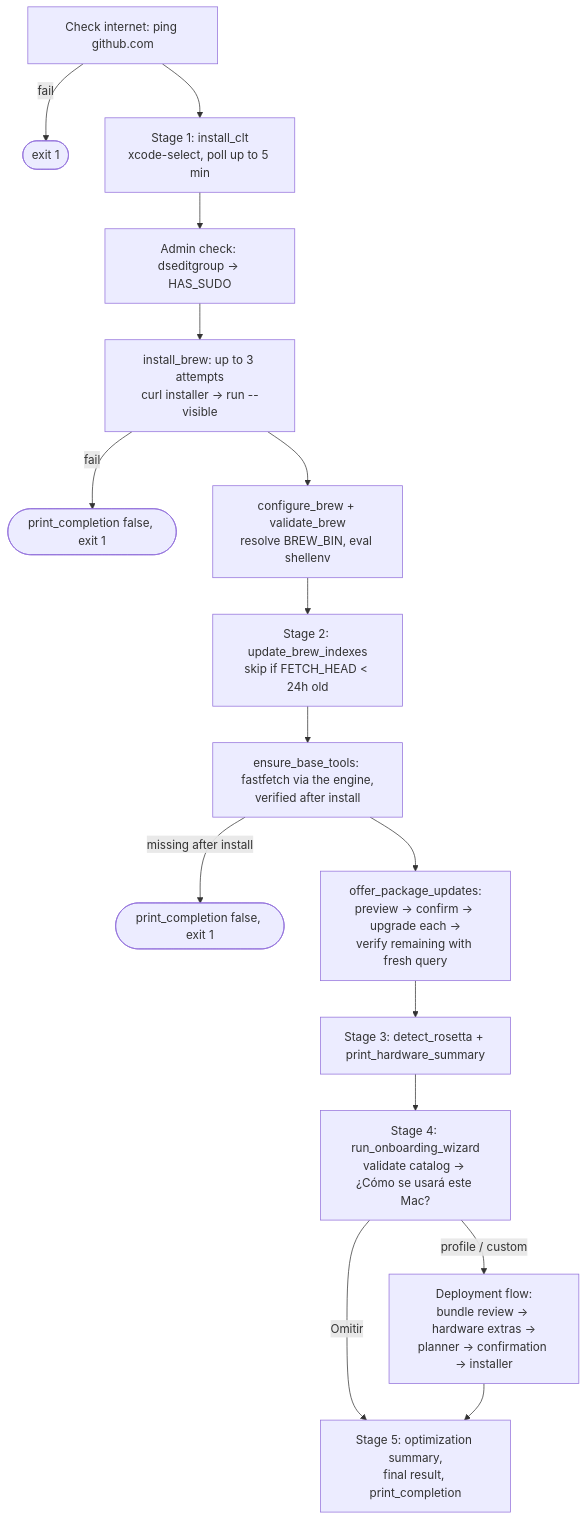
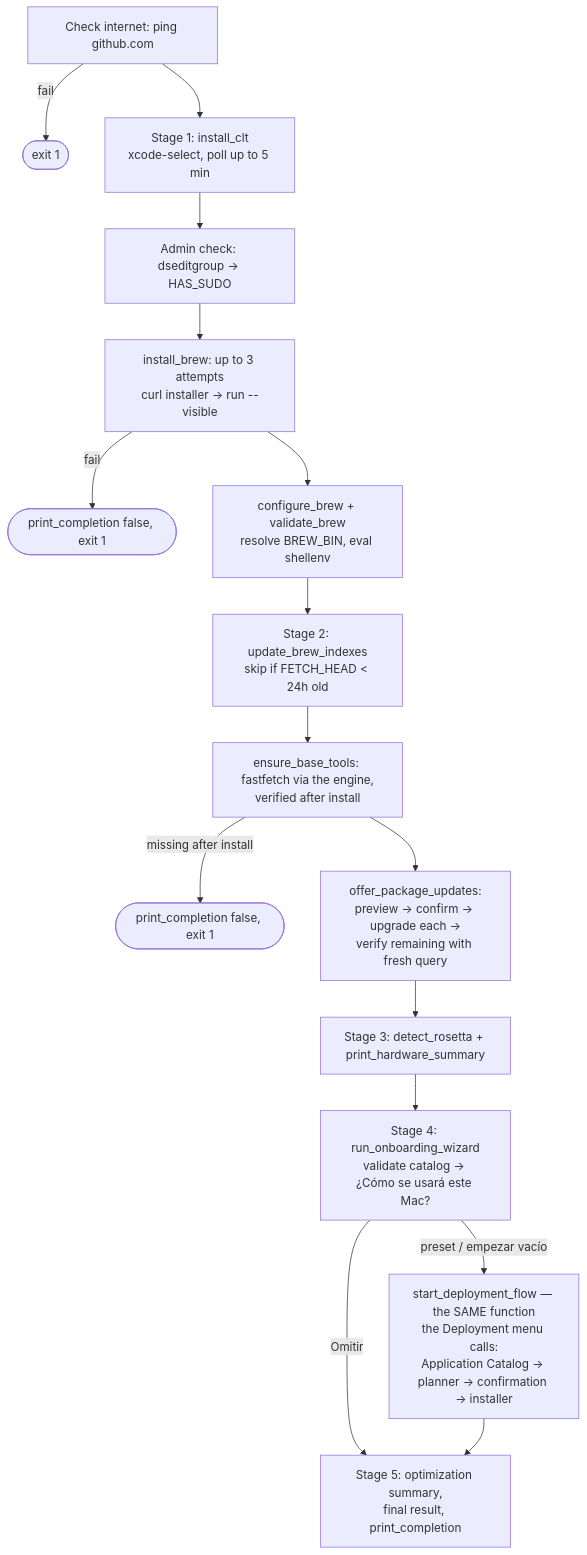
The second of 4 diagrams in docs/Execution-Flow.md (JorgeSucre/jb-ToolKit), drawn with Mermaid before and after one commit. The commit also changed other lines of this file and 105 other files, not shown here.

````diff
--- a/docs/Execution-Flow.md
+++ b/docs/Execution-Flow.md
@@ -43,18 +43,18 @@
 ```mermaid
 flowchart TD
     A[Check internet: ping github.com] -->|fail| ABORT1([exit 1])
     A --> B[Stage 1: install_clt<br/>xcode-select, poll up to 5 min]
     B --> C[Admin check: dseditgroup → HAS_SUDO]
     C --> D[install_brew: up to 3 attempts<br/>curl installer → run --visible]
     D -->|fail| ABORT2([print_completion false, exit 1])
     D --> E[configure_brew + validate_brew<br/>resolve BREW_BIN, eval shellenv]
     E --> F[Stage 2: update_brew_indexes<br/>skip if FETCH_HEAD < 24h old]
     F --> G[ensure_base_tools: fastfetch via the engine,<br/>verified after install]
     G -->|missing after install| ABORT3([print_completion false, exit 1])
     G --> H[offer_package_updates:<br/>preview → confirm → upgrade each →<br/>verify remaining with fresh query]
     H --> I[Stage 3: detect_rosetta + print_hardware_summary]
     I --> J[Stage 4: run_onboarding_wizard<br/>validate catalog → ¿Cómo se usará este Mac?]
     J -->|Omitir| K
-    J -->|profile / custom| DEP[Deployment flow:<br/>bundle review → hardware extras →<br/>planner → confirmation → installer]
+    J -->|preset / empezar vacío| DEP[start_deployment_flow — the SAME function<br/>the Deployment menu calls:<br/>Application Catalog → planner → confirmation → installer]
     DEP --> K[Stage 5: optimization summary,<br/>final result, print_completion]
 ```
````
